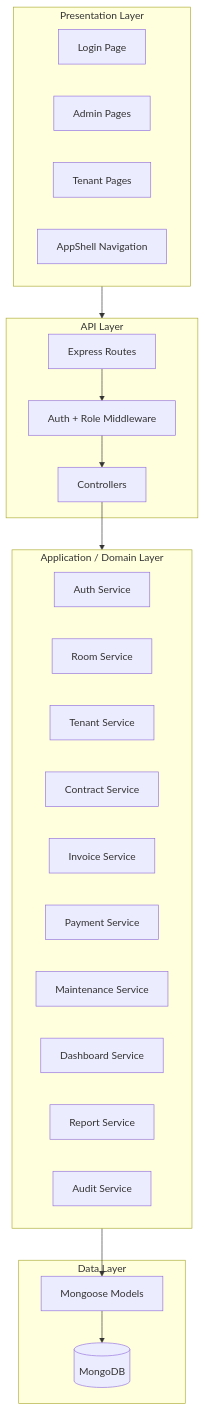
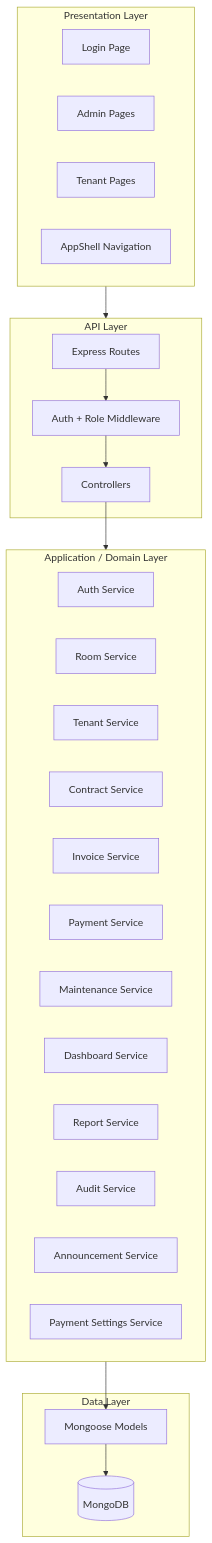
Before and after one commit to datphan3201/room-rental-management-software: the third of 23 diagrams in docs/SYSTEM_REPORT.md, drawn with Mermaid. The commit also changed other lines of this file and 41 other files, not shown here.

````diff
--- a/docs/SYSTEM_REPORT.md
+++ b/docs/SYSTEM_REPORT.md
@@ -366,40 +349,42 @@
 ```mermaid
 flowchart TB
   subgraph Presentation["Presentation Layer"]
     Login[Login Page]
     AdminUI[Admin Pages]
     TenantUI[Tenant Pages]
     Shell[AppShell Navigation]
   end
 
   subgraph API["API Layer"]
     Routes[Express Routes]
     Middleware[Auth + Role Middleware]
     Controllers[Controllers]
   end
 
   subgraph Domain["Application / Domain Layer"]
     AuthSvc[Auth Service]
     RoomSvc[Room Service]
     TenantSvc[Tenant Service]
     ContractSvc[Contract Service]
     InvoiceSvc[Invoice Service]
     PaymentSvc[Payment Service]
     MaintenanceSvc[Maintenance Service]
     DashboardSvc[Dashboard Service]
     ReportSvc[Report Service]
     AuditSvc[Audit Service]
+    AnnouncementSvc[Announcement Service]
+    PaymentSettingsSvc[Payment Settings Service]
   end
 
   subgraph Data["Data Layer"]
     Models[Mongoose Models]
     MongoDB[(MongoDB)]
   end
 
   Presentation --> API
   Routes --> Middleware
   Middleware --> Controllers
   Controllers --> Domain
   Domain --> Models
   Models --> MongoDB
 ```
````
